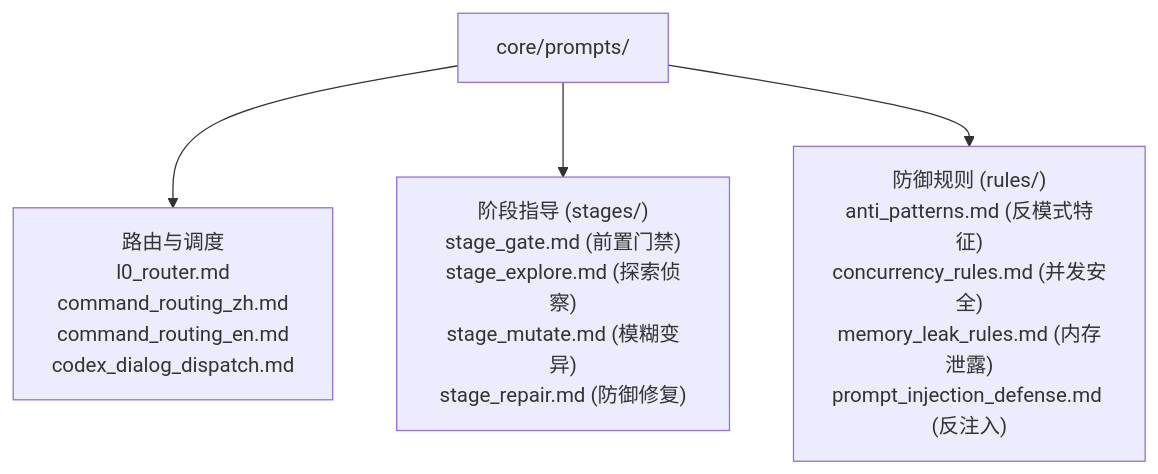
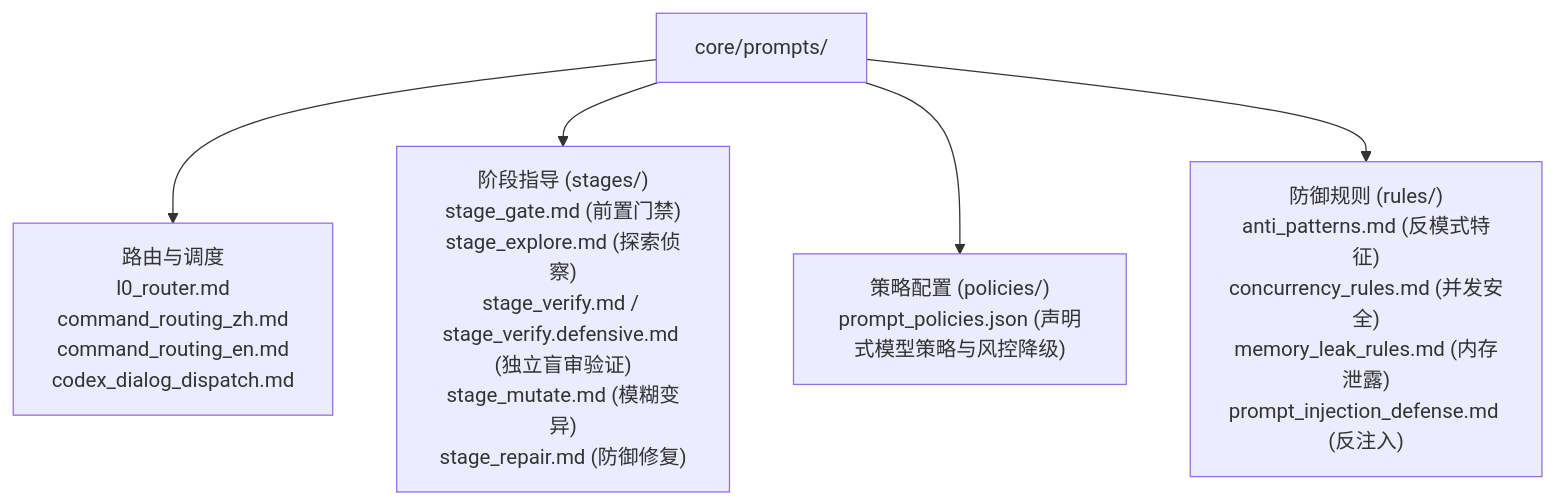
One commit to Bencibr/bugx changed the diagram in core/prompts/README.md. Above: the diagram before and after it, drawn with Mermaid. The commit also changed other lines of this file and 84 other files, not shown here.

````diff
--- a/core/prompts/README.md
+++ b/core/prompts/README.md
@@ -9,7 +9,8 @@
 ```mermaid
 flowchart TD
     P["core/prompts/"]
     P --> RT["路由与调度<br/>l0_router.md<br/>command_routing_zh.md<br/>command_routing_en.md<br/>codex_dialog_dispatch.md"]
-    P --> ST["阶段指导 (stages/)<br/>stage_gate.md (前置门禁)<br/>stage_explore.md (探索侦察)<br/>stage_mutate.md (模糊变异)<br/>stage_repair.md (防御修复)"]
+    P --> ST["阶段指导 (stages/)<br/>stage_gate.md (前置门禁)<br/>stage_explore.md (探索侦察)<br/>stage_verify.md / stage_verify.defensive.md (独立盲审验证)<br/>stage_mutate.md (模糊变异)<br/>stage_repair.md (防御修复)"]
+    P --> PL["策略配置 (policies/)<br/>prompt_policies.json (声明式模型策略与风控降级)"]
     P --> RL["防御规则 (rules/)<br/>anti_patterns.md (反模式特征)<br/>concurrency_rules.md (并发安全)<br/>memory_leak_rules.md (内存泄露)<br/>prompt_injection_defense.md (反注入)"]
 ```
````
